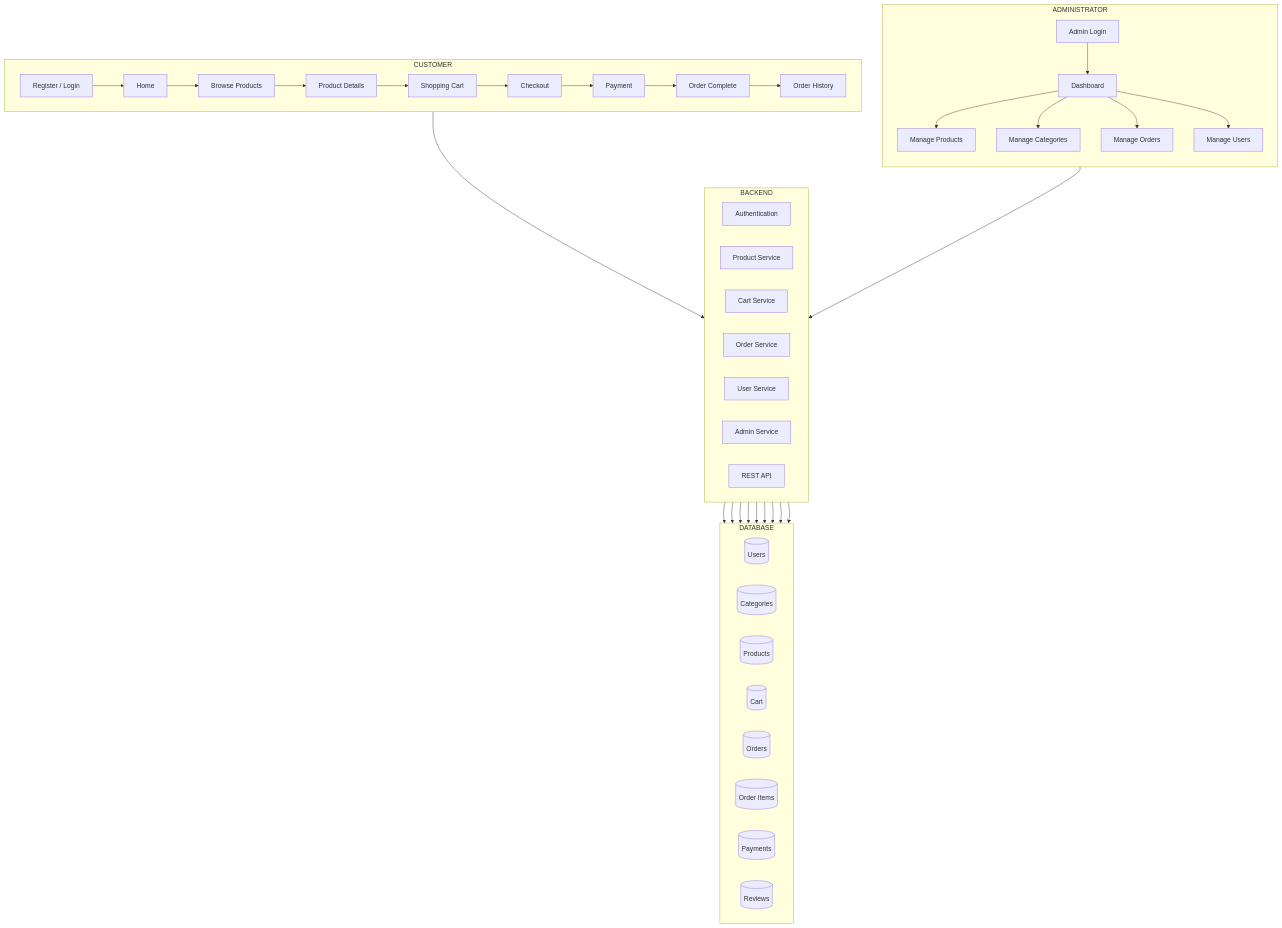
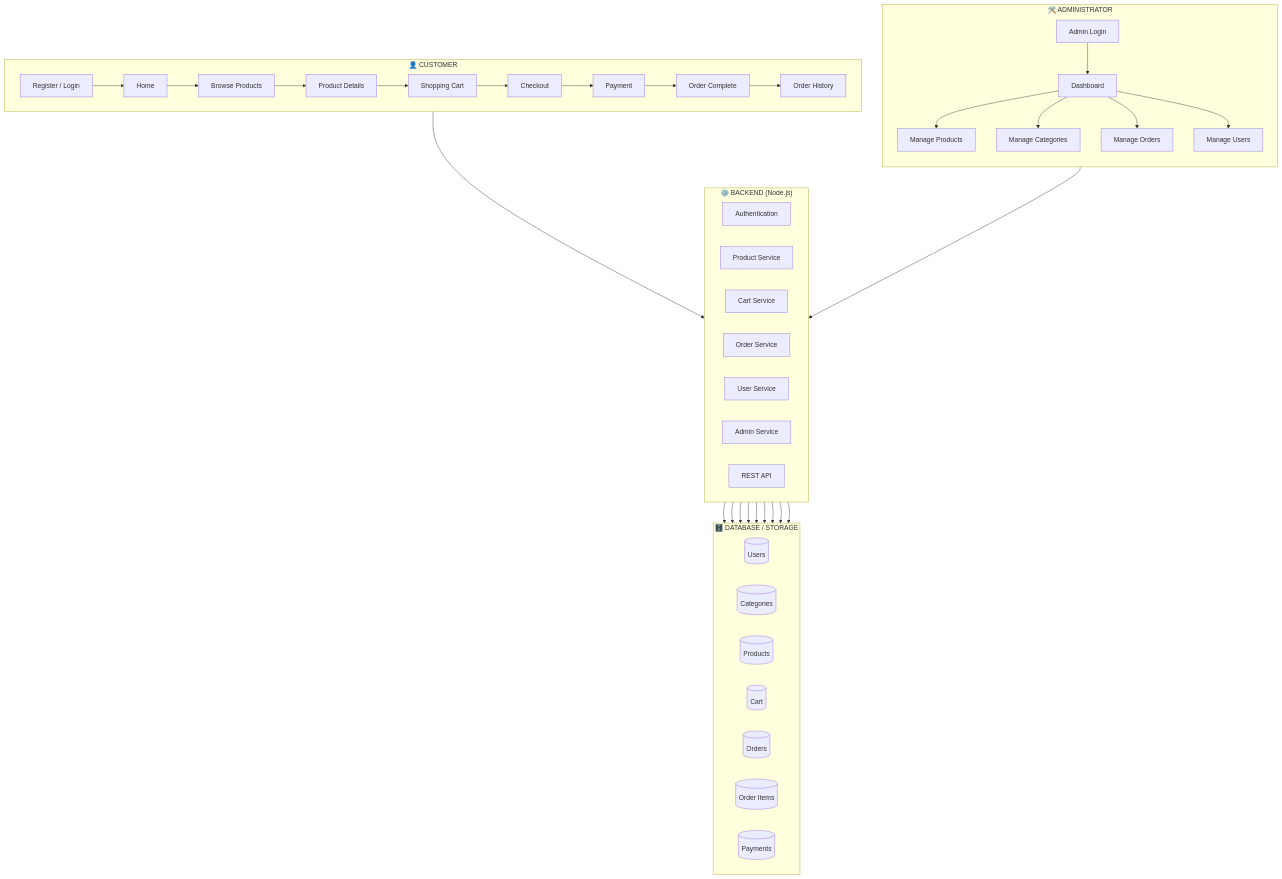
The diagram in README.md (chetakit/My-Workshop), drawn with Mermaid before and after one commit.

````diff
--- a/README.md
+++ b/README.md
@@ -135,7 +135,10 @@
 ```mermaid
 flowchart TB
 
-subgraph CUSTOMER["CUSTOMER"]
+%% =========================
+%% CUSTOMER
+%% =========================
+subgraph CUSTOMER["👤 CUSTOMER"]
 direction LR
 A[Register / Login]
 B[Home]
@@ -150,20 +153,30 @@
 A --> B --> C --> D --> E --> F --> G --> H --> I
 end
 
-subgraph ADMIN["ADMINISTRATOR"]
+%% =========================
+%% ADMIN
+%% =========================
+subgraph ADMIN["🛠️ ADMINISTRATOR"]
 direction TB
+
 AA[Admin Login]
 AB[Dashboard]
 
 AA --> AB
+
 AB --> AC[Manage Products]
 AB --> AD[Manage Categories]
 AB --> AE[Manage Orders]
 AB --> AF[Manage Users]
+
 end
 
-subgraph BACKEND["BACKEND"]
+%% =========================
+%% BACKEND
+%% =========================
+subgraph BACKEND["⚙️ BACKEND (Node.js)"]
 direction LR
+
 BA[Authentication]
 BB[Product Service]
 BC[Cart Service]
@@ -171,10 +184,15 @@
 BE[User Service]
 BF[Admin Service]
 BG[REST API]
+
 end
 
-subgraph DATABASE["DATABASE"]
+%% =========================
+%% DATABASE
+%% =========================
+subgraph DATABASE["🗄️ DATABASE / STORAGE"]
 direction LR
+
 DA[(Users)]
 DB[(Categories)]
 DC[(Products)]
@@ -182,19 +200,23 @@
 DE[(Orders)]
 DF[(Order Items)]
 DG[(Payments)]
-DH[(Reviews)]
+
 end
+
+%% =========================
+%% CONNECTIONS
+%% =========================
 
 CUSTOMER --> BACKEND
 ADMIN --> BACKEND
 
 BA --> DA
+BB --> DB
 BB --> DC
-BB --> DB
 BC --> DD
 BD --> DE
 BD --> DF
+BD --> DG
 BE --> DA
 BF --> DA
-BD --> DG
 ```
````
